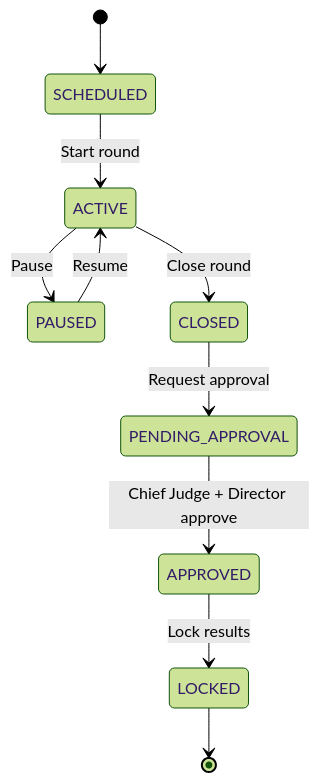
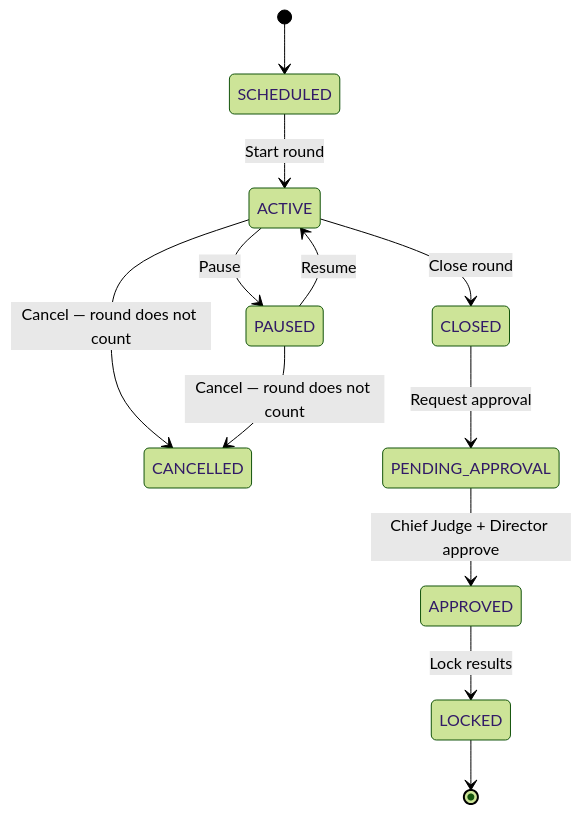
Before and after one commit to Pratap22/aerojudge-accuracy-cms: the diagram in docs/guides/COMPETITION_OPS.md, drawn with Mermaid (forest theme). The commit also changed other lines of this file and 10 other files, not shown here.

````diff
--- a/docs/guides/COMPETITION_OPS.md
+++ b/docs/guides/COMPETITION_OPS.md
@@ -186,12 +186,14 @@
 ```mermaid
 stateDiagram-v2
     [*] --> SCHEDULED
     SCHEDULED --> ACTIVE: Start round
     ACTIVE --> PAUSED: Pause
     PAUSED --> ACTIVE: Resume
+    ACTIVE --> CANCELLED: Cancel — round does not count
+    PAUSED --> CANCELLED: Cancel — round does not count
     ACTIVE --> CLOSED: Close round
     CLOSED --> PENDING_APPROVAL: Request approval
     PENDING_APPROVAL --> APPROVED: Chief Judge + Director approve
     APPROVED --> LOCKED: Lock results
     LOCKED --> [*]
 ```
````
